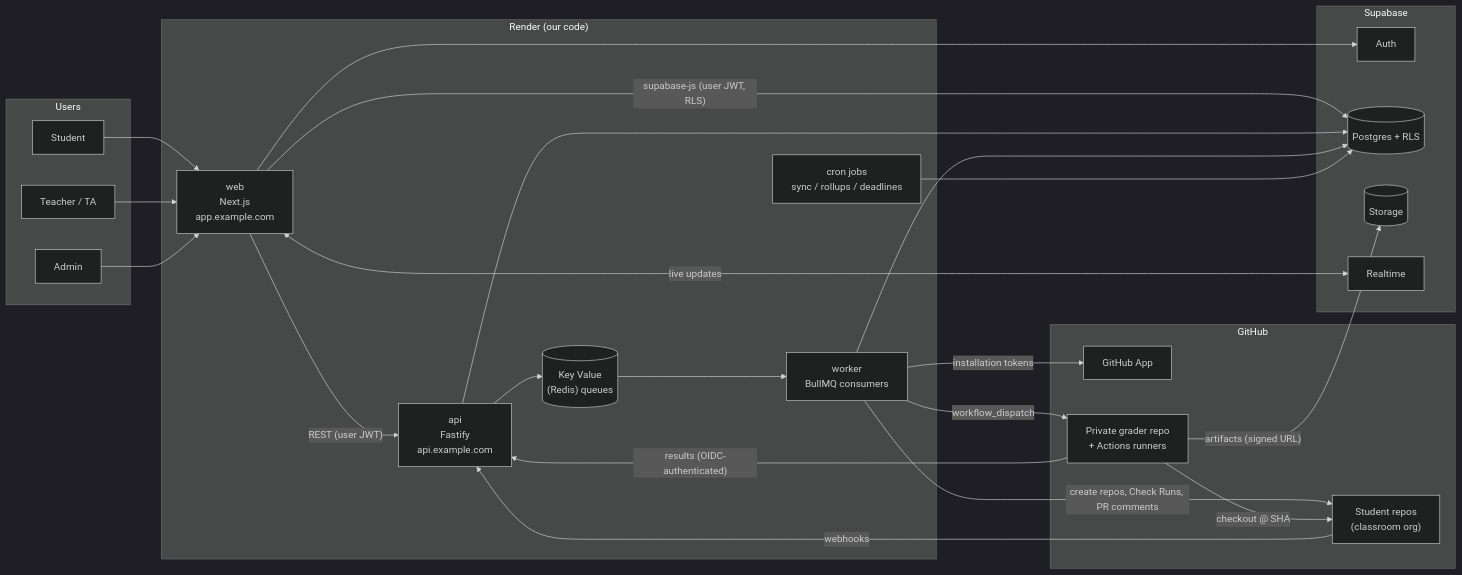
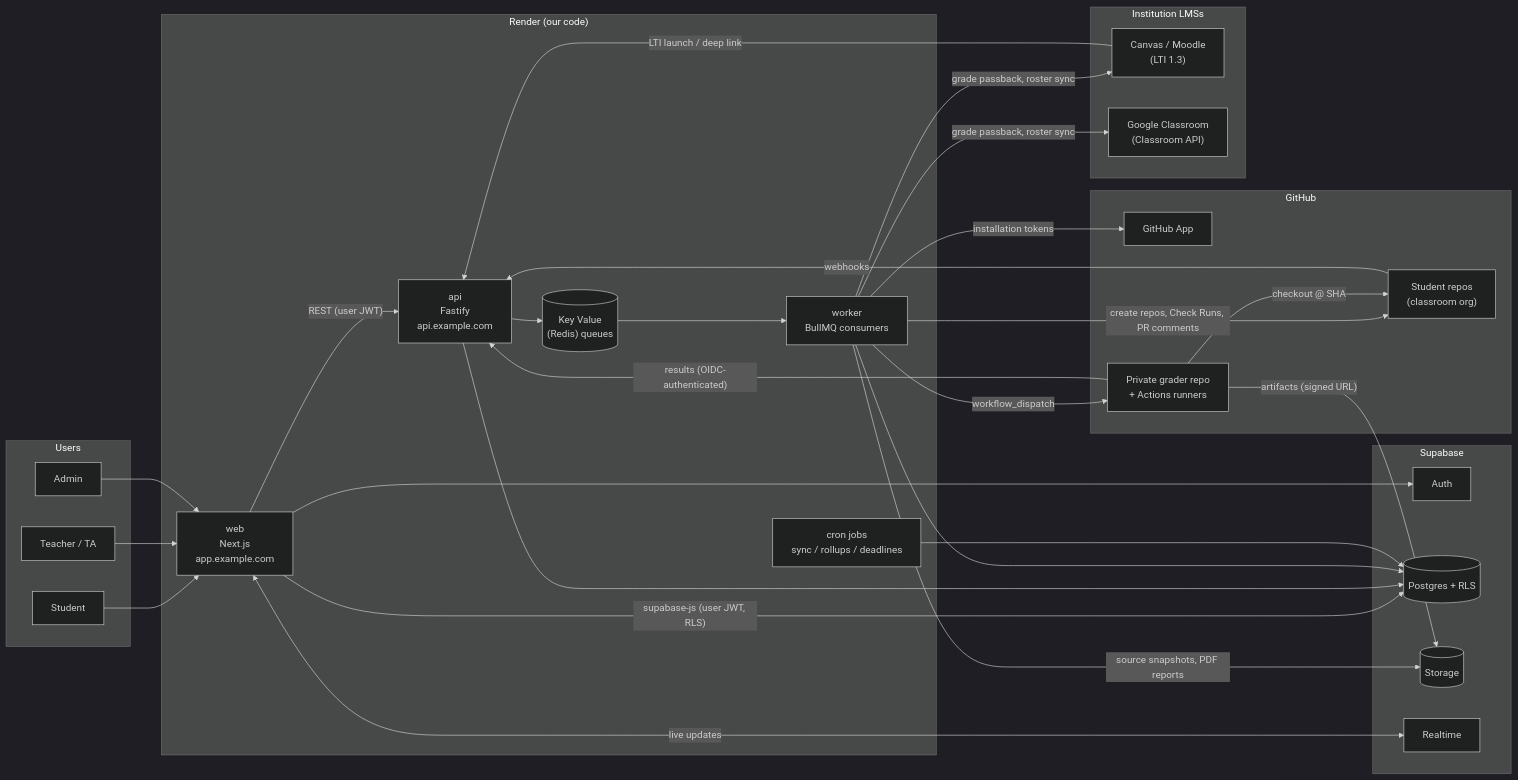
The first of 2 diagrams in docs/ARCHITECTURE.md (evolvian2026/HBE-Project-Code), drawn with Mermaid (dark theme) before and after one commit. The commit also changed other lines of this file and 4 other files, not shown here.

````diff
--- a/docs/ARCHITECTURE.md
+++ b/docs/ARCHITECTURE.md
@@ -25,44 +29,53 @@
 ```mermaid
 flowchart LR
   subgraph Users
     S[Student]
     T[Teacher / TA]
     A[Admin]
   end
 
   subgraph Render["Render (our code)"]
     WEB["web<br/>Next.js<br/>app.example.com"]
     API["api<br/>Fastify<br/>api.example.com"]
     WRK["worker<br/>BullMQ consumers"]
     CRON["cron jobs<br/>sync / rollups / deadlines"]
     KV[("Key Value<br/>(Redis) queues")]
   end
 
   subgraph Supabase
     AUTH[Auth]
     DB[("Postgres + RLS")]
     STO[(Storage)]
     RT[Realtime]
   end
 
   subgraph GitHub
     APP[GitHub App]
     REPOS["Student repos<br/>(classroom org)"]
     GRADER["Private grader repo<br/>+ Actions runners"]
   end
 
   S & T & A --> WEB
   WEB -- supabase-js (user JWT, RLS) --> DB
   WEB -- REST (user JWT) --> API
   WEB <-- live updates --> RT
   WEB --> AUTH
   REPOS -- webhooks --> API
   API --> KV --> WRK
   WRK -- installation tokens --> APP
   WRK -- create repos, Check Runs, PR comments --> REPOS
   WRK -- workflow_dispatch --> GRADER
   GRADER -- checkout @ SHA --> REPOS
   GRADER -- results (OIDC-authenticated) --> API
   GRADER -- artifacts (signed URL) --> STO
   API & WRK & CRON --> DB
+  WRK -- source snapshots, PDF reports --> STO
+
+  subgraph LMSs["Institution LMSs"]
+    LMS["Canvas / Moodle<br/>(LTI 1.3)"]
+    GC["Google Classroom<br/>(Classroom API)"]
+  end
+  LMS -- LTI launch / deep link --> API
+  WRK -- grade passback, roster sync --> LMS
+  WRK -- grade passback, roster sync --> GC
 ```
````
